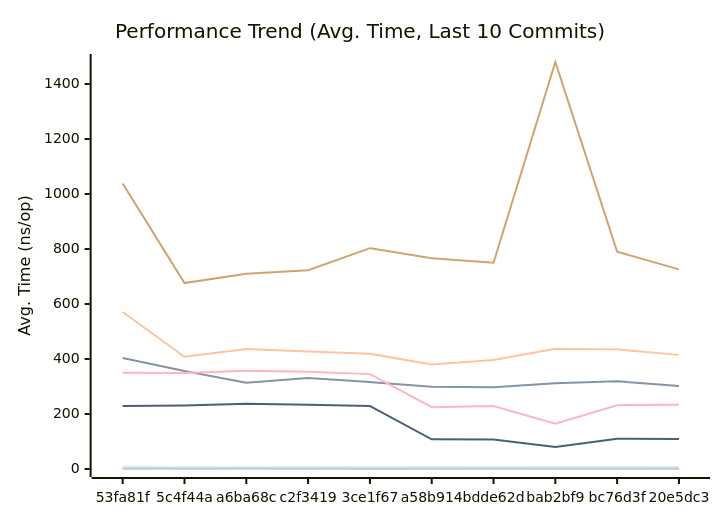
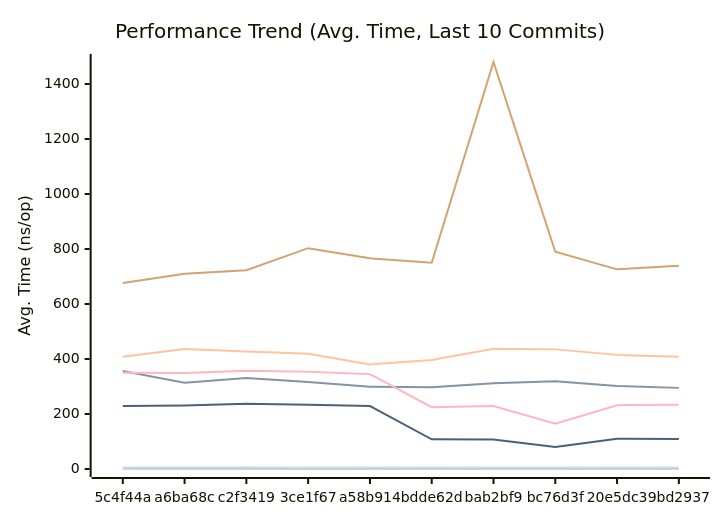
One commit to alsotoes/momo changed the first of 3 diagrams in docs/PERFORMANCE.md. Above: the diagram before and after it, drawn with Mermaid. The commit also changed other lines of this file and 76 other files, not shown here.

````diff
--- a/docs/PERFORMANCE.md
+++ b/docs/PERFORMANCE.md
@@ -80,16 +80,16 @@
 ```mermaid
 xychart-beta
     title "Performance Trend (Avg. Time, Last 10 Commits)"
     x-axis "Commit"
     y-axis "Avg. Time (ns/op)"
-    x-axis [53fa81f,5c4f44a,a6ba68c,c2f3419,3ce1f67,a58b914,bdde62d,bab2bf9,bc76d3f,20e5dc3]
-    line "CheckMetricsAndSwap" [10,7,8,7,7,8,7,8,8,7]
-    line "CrushOptimized" [404,356,314,331,316,299,297,312,319,302]
-    line "CrushOriginal" [571,408,436,427,419,380,396,437,435,415]
+    x-axis [5c4f44a,a6ba68c,c2f3419,3ce1f67,a58b914,bdde62d,bab2bf9,bc76d3f,20e5dc3,9bd2937]
+    line "CheckMetricsAndSwap" [7,8,7,7,8,7,8,8,7,8]
+    line "CrushOptimized" [356,314,331,316,299,297,312,319,302,295]
+    line "CrushOriginal" [408,436,427,419,380,396,437,435,415,408]
     line "IndexDirectTracking" [0,0,0,0,0,0,0,0,0,0]
-    line "IndexSearch" [3,3,3,3,1,2,2,2,2,2]
-    line "LoadGlobalConfig" [1038,676,710,723,803,766,750,1480,790,726]
+    line "IndexSearch" [3,3,3,1,2,2,2,2,2,2]
+    line "LoadGlobalConfig" [676,710,723,803,766,750,1480,790,726,739]
     line "PadString" [2,2,2,2,2,2,2,2,2,2]
     line "ParseReplicationOrder_NoPrealloc" [350,349,357,354,345,225,229,165,232,234]
     line "ParseReplicationOrder_Prealloc" [229,231,237,234,229,108,107,80,110,109]
 ```
````
